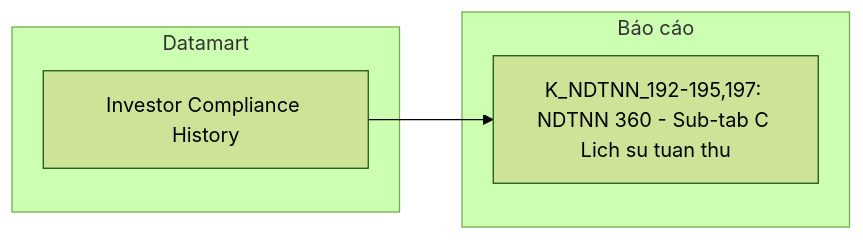
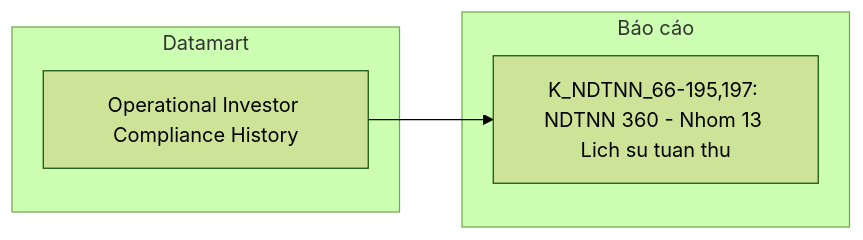
Diagram 21 of 26 in Datamart/hld/DTM_NDTNN_HLD.md (linhlvit/ubck_atomic_design), drawn with Mermaid (forest theme) before and after one commit. The commit also changed other lines of this file and 62 other files, not shown here.

````diff
--- a/Datamart/hld/DTM_NDTNN_HLD.md
+++ b/Datamart/hld/DTM_NDTNN_HLD.md
@@ -1043,10 +1007,10 @@
 ```mermaid
 flowchart LR
     subgraph Datamart["Datamart"]
-        G1["Investor Compliance History"]
+        G1["Operational Investor Compliance History"]
     end
     subgraph RPT["Báo cáo"]
-        R1["K_NDTNN_192-195,197: NDTNN 360 - Sub-tab C Lich su tuan thu"]
+        R1["K_NDTNN_66-195,197: NDTNN 360 - Nhom 13 Lich su tuan thu"]
     end
     G1 --> R1
 ```
````
